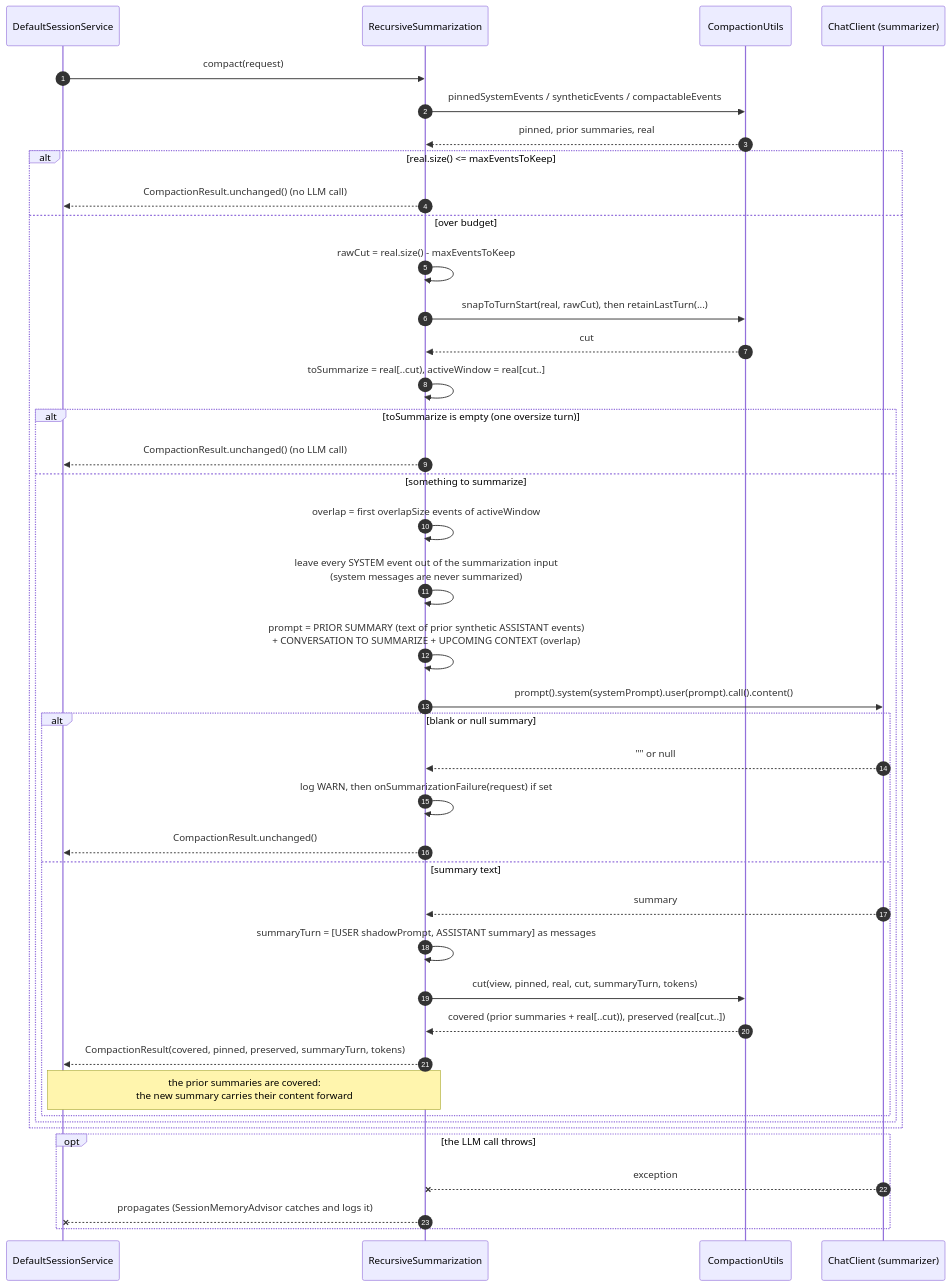
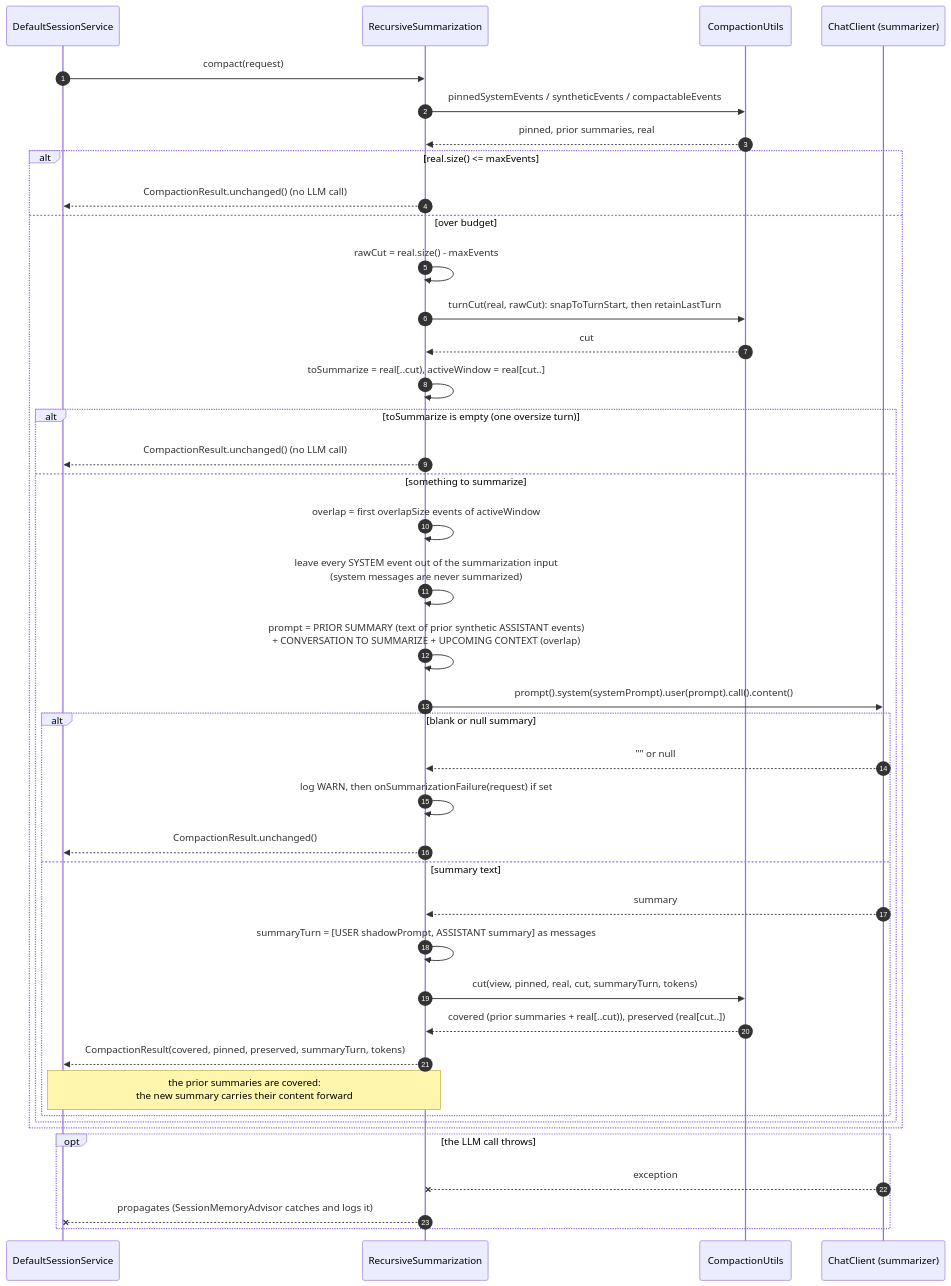
The sixth of 9 diagrams in docs/session-management/compaction-internals.md (spring-ai-community/spring-ai-session), drawn with Mermaid before and after one commit. The commit also changed other lines of this file and 65 other files, not shown here.

````diff
--- a/docs/session-management/compaction-internals.md
+++ b/docs/session-management/compaction-internals.md
@@ -341,44 +343,44 @@
 ```mermaid
 sequenceDiagram
     autonumber
     participant Caller as DefaultSessionService
     participant R as RecursiveSummarization
     participant U as CompactionUtils
     participant LLM as ChatClient (summarizer)
 
     Caller->>R: compact(request)
     R->>U: pinnedSystemEvents / syntheticEvents / compactableEvents
     U-->>R: pinned, prior summaries, real
-    alt real.size() <= maxEventsToKeep
+    alt real.size() <= maxEvents
         R-->>Caller: CompactionResult.unchanged() (no LLM call)
     else over budget
-        R->>R: rawCut = real.size() - maxEventsToKeep
-        R->>U: snapToTurnStart(real, rawCut), then retainLastTurn(...)
+        R->>R: rawCut = real.size() - maxEvents
+        R->>U: turnCut(real, rawCut): snapToTurnStart, then retainLastTurn
         U-->>R: cut
         R->>R: toSummarize = real[..cut), activeWindow = real[cut..]
         alt toSummarize is empty (one oversize turn)
             R-->>Caller: CompactionResult.unchanged() (no LLM call)
         else something to summarize
             R->>R: overlap = first overlapSize events of activeWindow
             R->>R: leave every SYSTEM event out of the summarization input<br/>(system messages are never summarized)
             R->>R: prompt = PRIOR SUMMARY (text of prior synthetic ASSISTANT events)<br/>+ CONVERSATION TO SUMMARIZE + UPCOMING CONTEXT (overlap)
             R->>LLM: prompt().system(systemPrompt).user(prompt).call().content()
             alt blank or null summary
                 LLM-->>R: "" or null
                 R->>R: log WARN, then onSummarizationFailure(request) if set
                 R-->>Caller: CompactionResult.unchanged()
             else summary text
                 LLM-->>R: summary
                 R->>R: summaryTurn = [USER shadowPrompt, ASSISTANT summary] as messages
                 R->>U: cut(view, pinned, real, cut, summaryTurn, tokens)
                 U-->>R: covered (prior summaries + real[..cut)), preserved (real[cut..])
                 R-->>Caller: CompactionResult(covered, pinned, preserved, summaryTurn, tokens)
                 Note over R,Caller: the prior summaries are covered:<br/>the new summary carries their content forward
             end
         end
     end
     opt the LLM call throws
         LLM--xR: exception
         R--xCaller: propagates (SessionMemoryAdvisor catches and logs it)
     end
 ```
````
